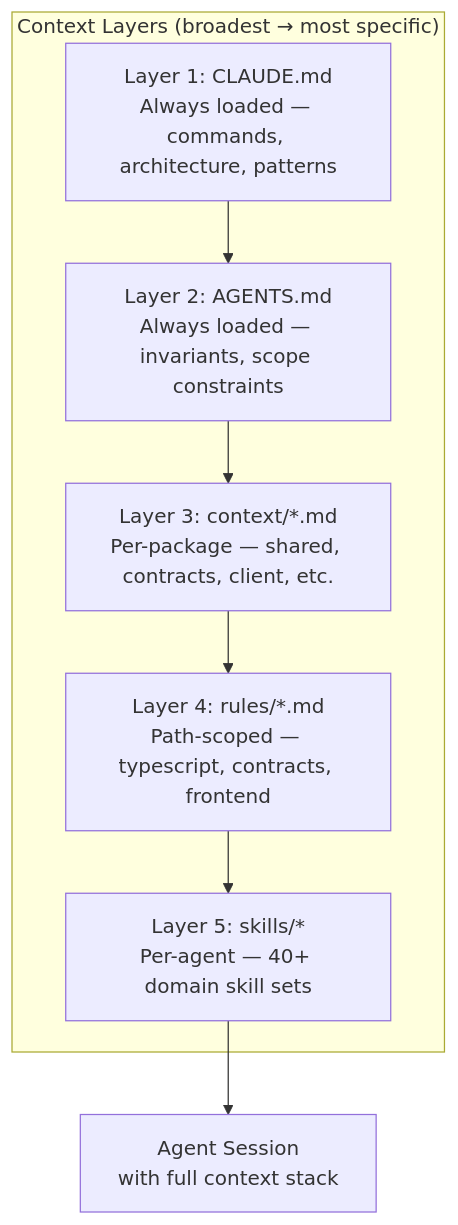
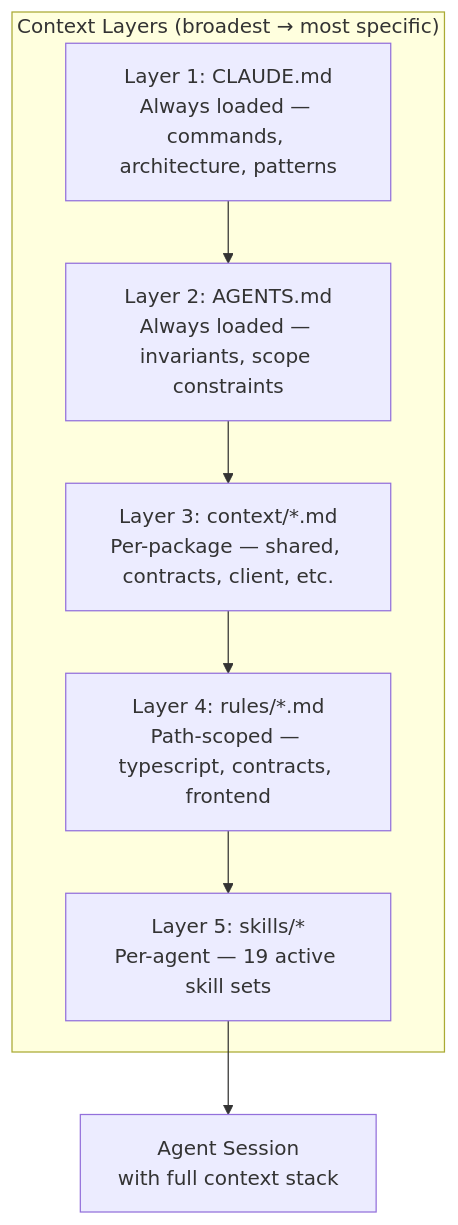
The diagram in docs/docs/builders/agentic/context-engineering.mdx (greenpill-dev-guild/green-goods), drawn with Mermaid before and after one commit. The commit also changed other lines of this file and 7 other files, not shown here.

````diff
--- a/docs/docs/builders/agentic/context-engineering.mdx
+++ b/docs/docs/builders/agentic/context-engineering.mdx
@@ -14,14 +14,14 @@
 ```mermaid
 graph TB
     subgraph Layers["Context Layers (broadest → most specific)"]
         L1["Layer 1: CLAUDE.md\nAlways loaded — commands, architecture, patterns"]
         L2["Layer 2: AGENTS.md\nAlways loaded — invariants, scope constraints"]
         L3["Layer 3: context/*.md\nPer-package — shared, contracts, client, etc."]
         L4["Layer 4: rules/*.md\nPath-scoped — typescript, contracts, frontend"]
-        L5["Layer 5: skills/*\nPer-agent — 40+ domain skill sets"]
+        L5["Layer 5: skills/*\nPer-agent — 19 active skill sets"]
     end
 
     L1 --> L2 --> L3 --> L4 --> L5
 
     L5 --> Agent["Agent Session\nwith full context stack"]
 ```
````
